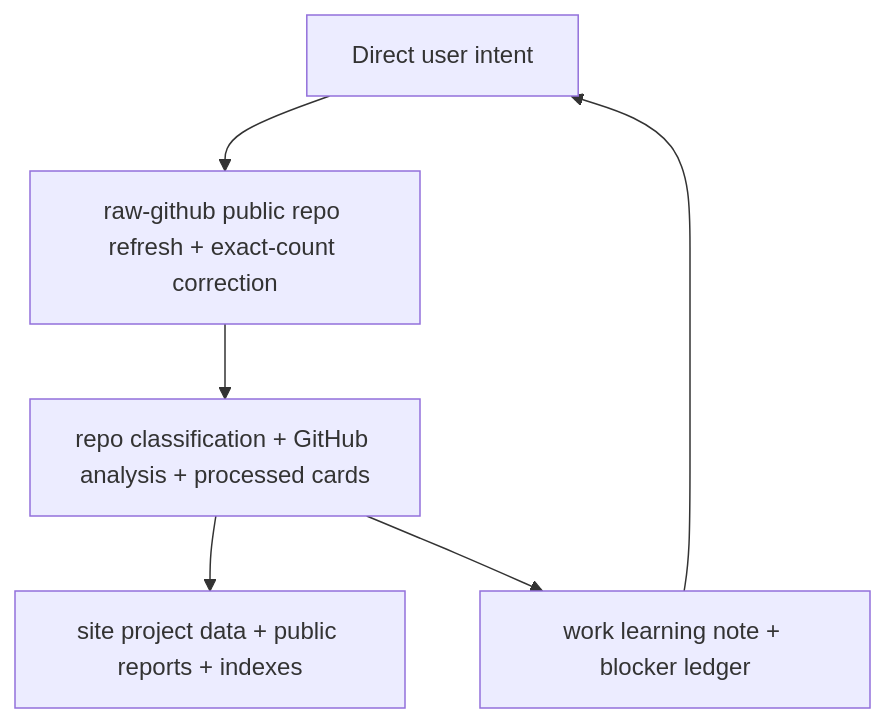
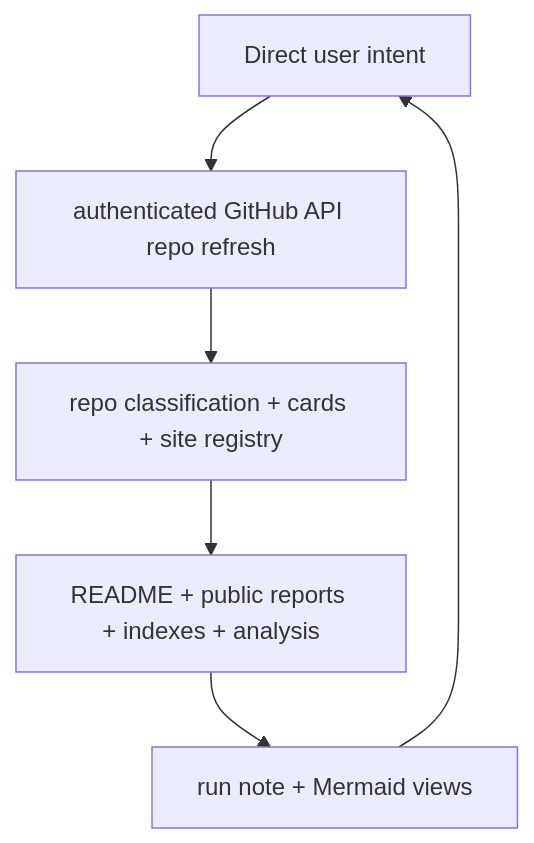
Before and after one commit to Shiyao-Huang/awesome-agent-evolution: the diagram in .mermaid/current/graph.mmd, drawn with Mermaid. The commit also changed 50 other files, not shown here.

Commit message:
chore: refresh hourly public metadata packet

```diff
--- a/.mermaid/current/graph.mmd
+++ b/.mermaid/current/graph.mmd
@@ -1,6 +1,6 @@
 graph TD
-  intent["Direct user intent"] --> raw["raw-github public repo refresh + exact-count correction"]
-  raw --> processed["repo classification + GitHub analysis + processed cards"]
-  processed --> results["site project data + public reports + indexes"]
-  processed --> note["work learning note + blocker ledger"]
+  intent["Direct user intent"] --> raw["authenticated GitHub API repo refresh"]
+  raw --> processed["repo classification + cards + site registry"]
+  processed --> results["README + public reports + indexes + analysis"]
+  results --> note["run note + Mermaid views"]
   note --> intent
```
